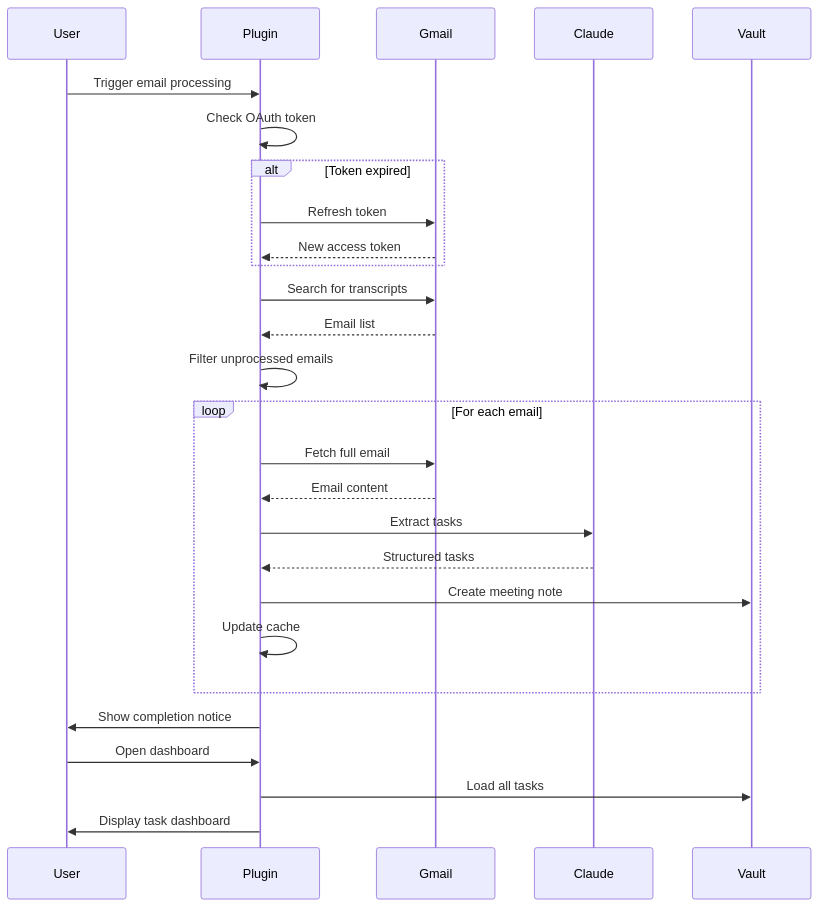
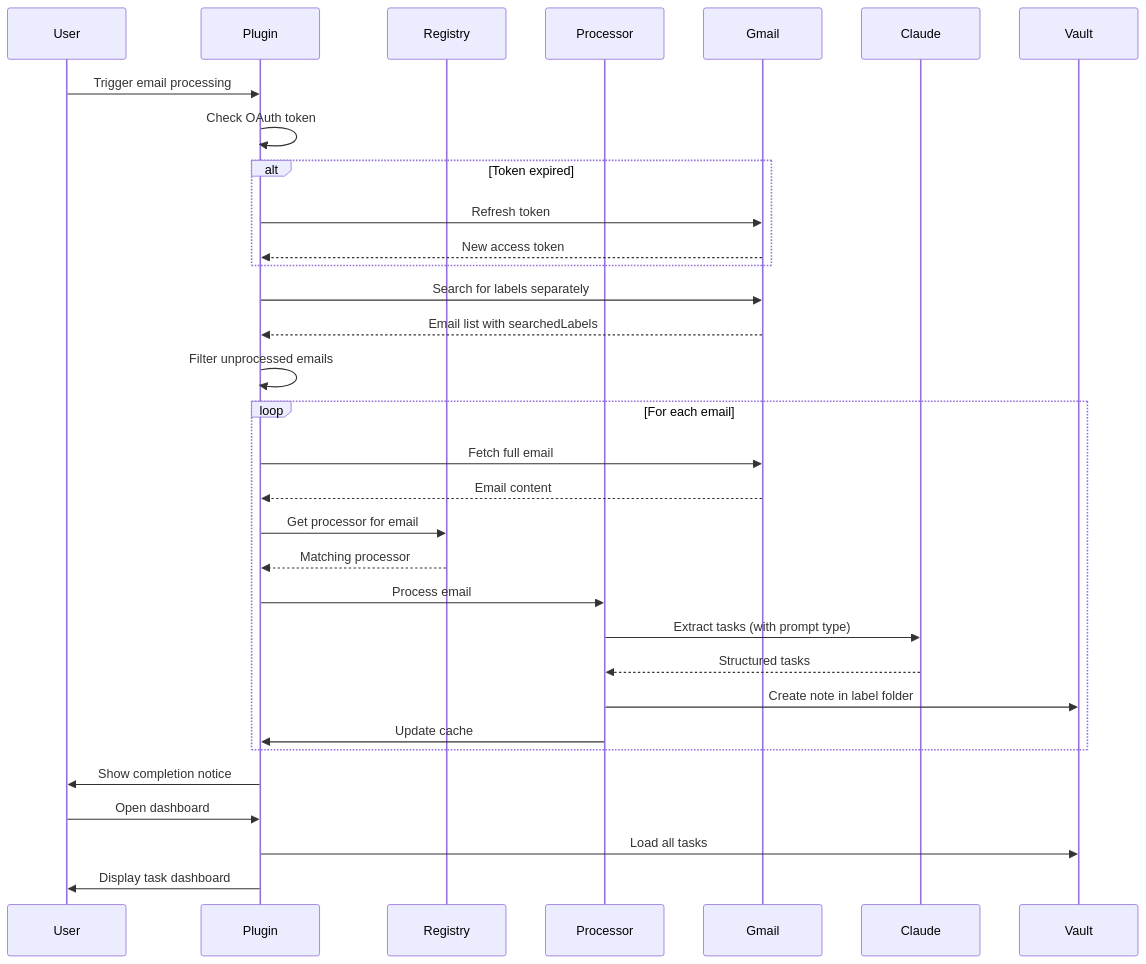
The third of 7 diagrams in docs/system-architecture.md (jimallen/TasksAgent), drawn with Mermaid before and after one commit. The commit also changed other lines of this file and 14 other files, not shown here.

First line of the commit message:
feat: implement dynamic label processor architecture

````diff
--- a/docs/system-architecture.md
+++ b/docs/system-architecture.md
@@ -110,38 +169,44 @@
 ```mermaid
 sequenceDiagram
     participant User
     participant Plugin
+    participant Registry
+    participant Processor
     participant Gmail
     participant Claude
     participant Vault
 
     User->>Plugin: Trigger email processing
     Plugin->>Plugin: Check OAuth token
 
     alt Token expired
         Plugin->>Gmail: Refresh token
         Gmail-->>Plugin: New access token
     end
 
-    Plugin->>Gmail: Search for transcripts
-    Gmail-->>Plugin: Email list
+    Plugin->>Gmail: Search for labels separately
+    Gmail-->>Plugin: Email list with searchedLabels
 
     Plugin->>Plugin: Filter unprocessed emails
 
     loop For each email
         Plugin->>Gmail: Fetch full email
         Gmail-->>Plugin: Email content
 
-        Plugin->>Claude: Extract tasks
-        Claude-->>Plugin: Structured tasks
+        Plugin->>Registry: Get processor for email
+        Registry-->>Plugin: Matching processor
 
-        Plugin->>Vault: Create meeting note
-        Plugin->>Plugin: Update cache
+        Plugin->>Processor: Process email
+        Processor->>Claude: Extract tasks (with prompt type)
+        Claude-->>Processor: Structured tasks
+
+        Processor->>Vault: Create note in label folder
+        Processor->>Plugin: Update cache
     end
 
     Plugin->>User: Show completion notice
 
     User->>Plugin: Open dashboard
     Plugin->>Vault: Load all tasks
     Plugin->>User: Display task dashboard
 ```
````
